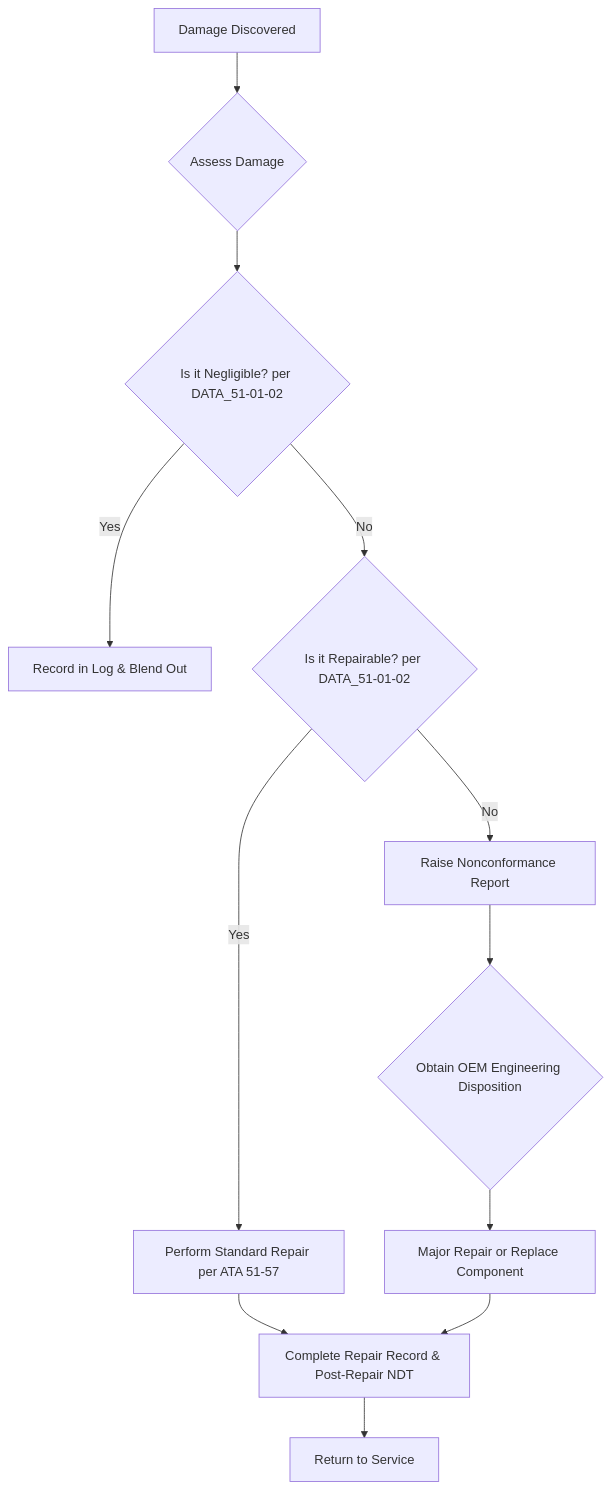
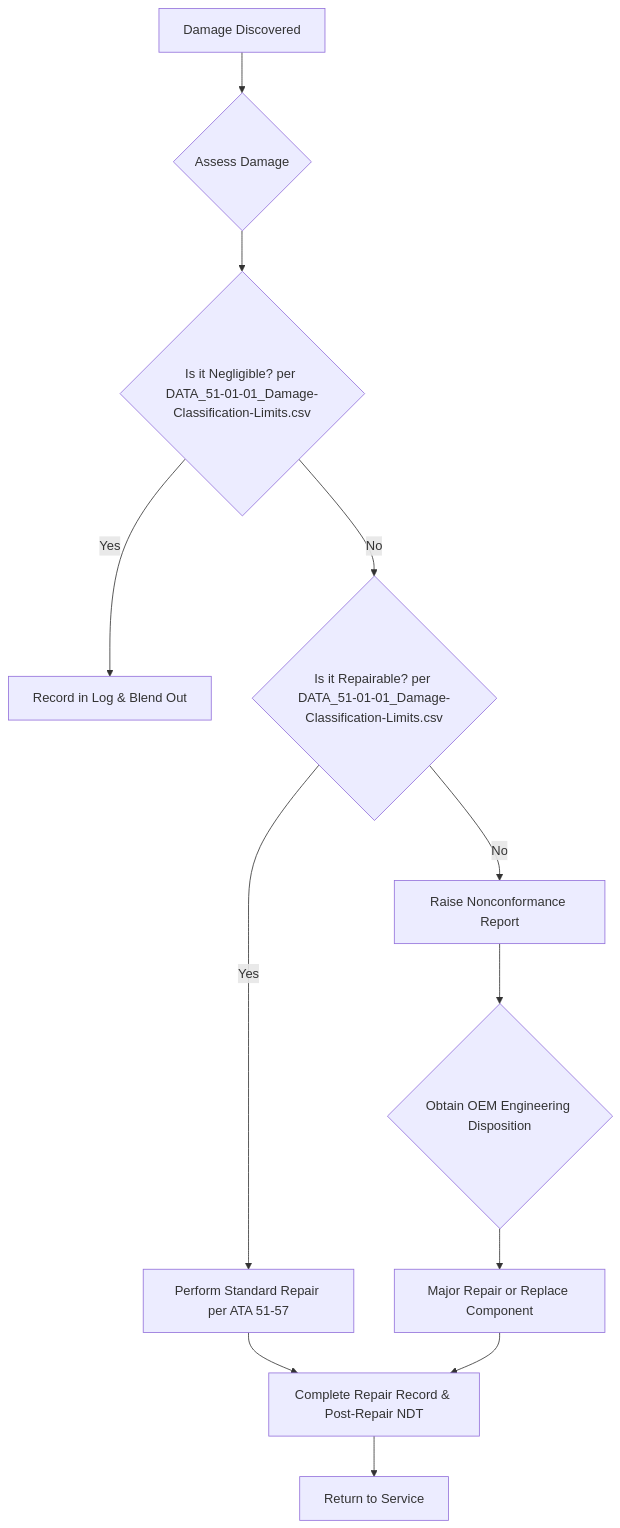
One commit to AmedeoPelliccia/OPT-IN changed the diagram in OPT-IN_FRAMEWORK/T-TECHNOLOGY_AMPEDEOPELLICCIA-ON_BOARD_SYSTEMS/A-AIRFRAME/ATA_51-STANDARD_PRACTICES_AND_STRUCTURES-GENERAL/00_README.md. Above: the diagram before and after it, drawn with Mermaid.

````diff
--- a/OPT-IN_FRAMEWORK/T-TECHNOLOGY_AMPEDEOPELLICCIA-ON_BOARD_SYSTEMS/A-AIRFRAME/ATA_51-STANDARD_PRACTICES_AND_STRUCTURES-GENERAL/00_README.md
+++ b/OPT-IN_FRAMEWORK/T-TECHNOLOGY_AMPEDEOPELLICCIA-ON_BOARD_SYSTEMS/A-AIRFRAME/ATA_51-STANDARD_PRACTICES_AND_STRUCTURES-GENERAL/00_README.md
@@ -14,14 +14,14 @@
 ```mermaid
 graph TD
     A[Damage Discovered] --> B{Assess Damage};
-    B --> C{Is it Negligible? per DATA_51-01-02};
+    B --> C{Is it Negligible? per DATA_51-01-01_Damage-Classification-Limits.csv};
     C -- Yes --> D[Record in Log & Blend Out];
-    C -- No --> E{Is it Repairable? per DATA_51-01-02};
+    C -- No --> E{Is it Repairable? per DATA_51-01-01_Damage-Classification-Limits.csv};
     E -- Yes --> F[Perform Standard Repair per ATA 51-57];
     F --> G[Complete Repair Record & Post-Repair NDT];
     G --> H[Return to Service];
     E -- No --> I[Raise Nonconformance Report];
     I --> J{Obtain OEM Engineering Disposition};
     J --> K[Major Repair or Replace Component];
     K --> G;
 ```
````
